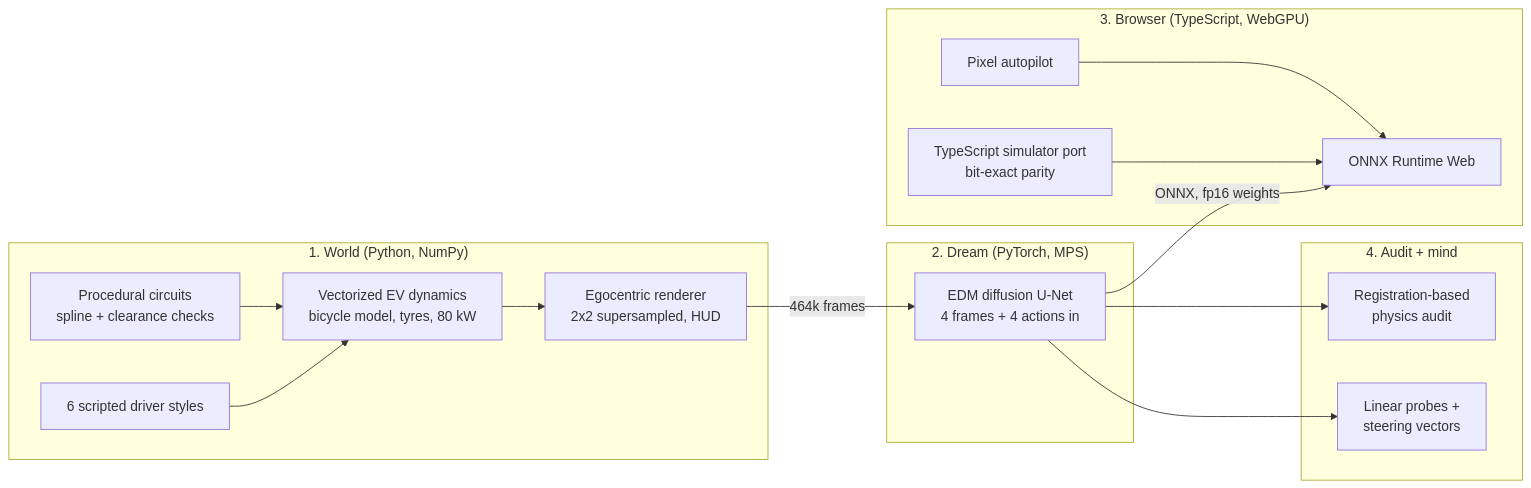
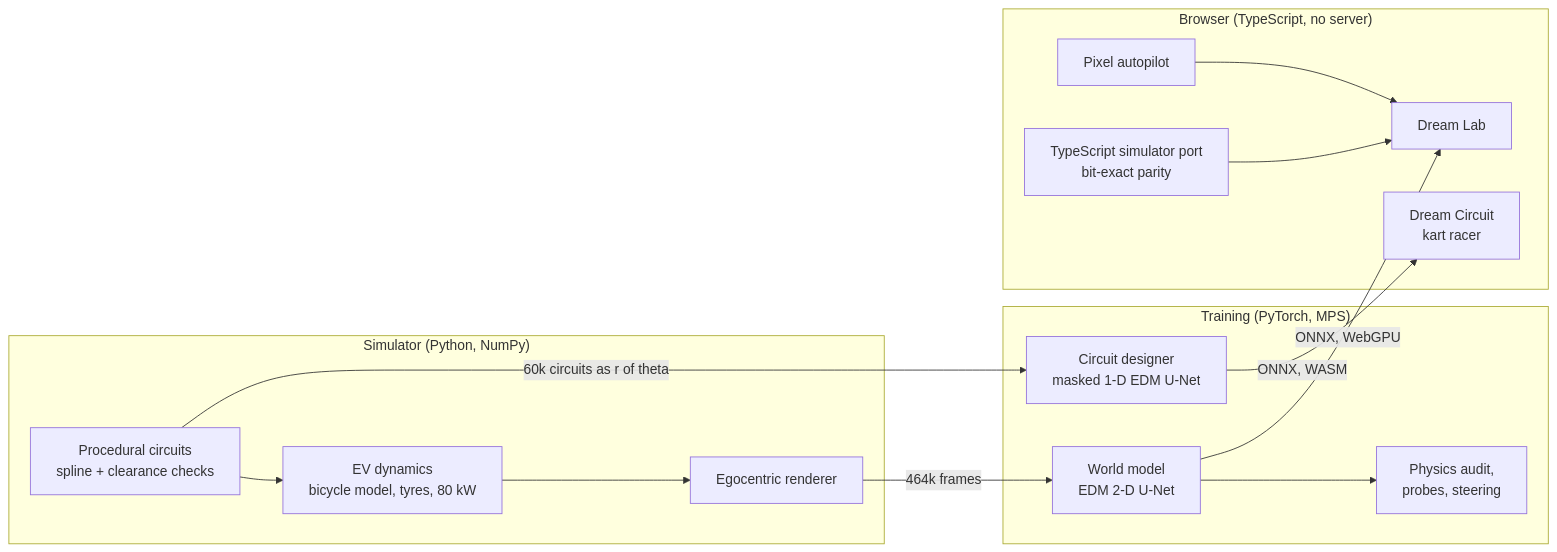
Before and after one commit to nilaypilaydesai/dreamcircuit: the diagram in README.md, drawn with Mermaid. The commit also changed other lines of this file and 27 other files, not shown here.

First line of the commit message:
Game-first README, design notes and model cards; designer figures

````diff
--- a/README.md
+++ b/README.md
@@ -104,20 +168,18 @@
 ```mermaid
 flowchart LR
-    subgraph World["1. World (Python, NumPy)"]
-        T[Procedural circuits<br/>spline + clearance checks] --> S[Vectorized EV dynamics<br/>bicycle model, tyres, 80 kW]
-        S --> R[Egocentric renderer<br/>2x2 supersampled, HUD]
-        D[6 scripted driver styles] --> S
+    subgraph Sim["Simulator (Python, NumPy)"]
+        T[Procedural circuits<br/>spline + clearance checks] --> S[EV dynamics<br/>bicycle model, tyres, 80 kW]
+        S --> R[Egocentric renderer]
     end
-    subgraph Dream["2. Dream (PyTorch, MPS)"]
-        R -->|464k frames| W[EDM diffusion U-Net<br/>4 frames + 4 actions in]
+    subgraph Train["Training (PyTorch, MPS)"]
+        T -->|60k circuits as r of theta| TG[Circuit designer<br/>masked 1-D EDM U-Net]
+        R -->|464k frames| W[World model<br/>EDM 2-D U-Net]
+        W --> A[Physics audit,<br/>probes, steering]
     end
-    subgraph Browser["3. Browser (TypeScript, WebGPU)"]
-        W -->|ONNX, fp16 weights| O[ONNX Runtime Web]
-        P[Pixel autopilot] --> O
-        TS[TypeScript simulator port<br/>bit-exact parity] --> O
-    end
-    subgraph Science["4. Audit + mind"]
-        W --> A[Registration-based<br/>physics audit]
-        W --> Q[Linear probes +<br/>steering vectors]
+    subgraph Browser["Browser (TypeScript, no server)"]
+        TG -->|ONNX, WASM| G[Dream Circuit<br/>kart racer]
+        W -->|ONNX, WebGPU| L[Dream Lab]
+        P[Pixel autopilot] --> L
+        TS[TypeScript simulator port<br/>bit-exact parity] --> L
     end
 ```
````
